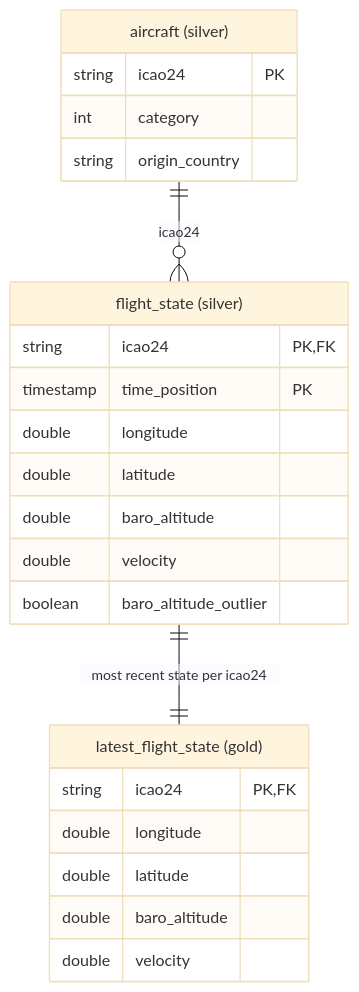
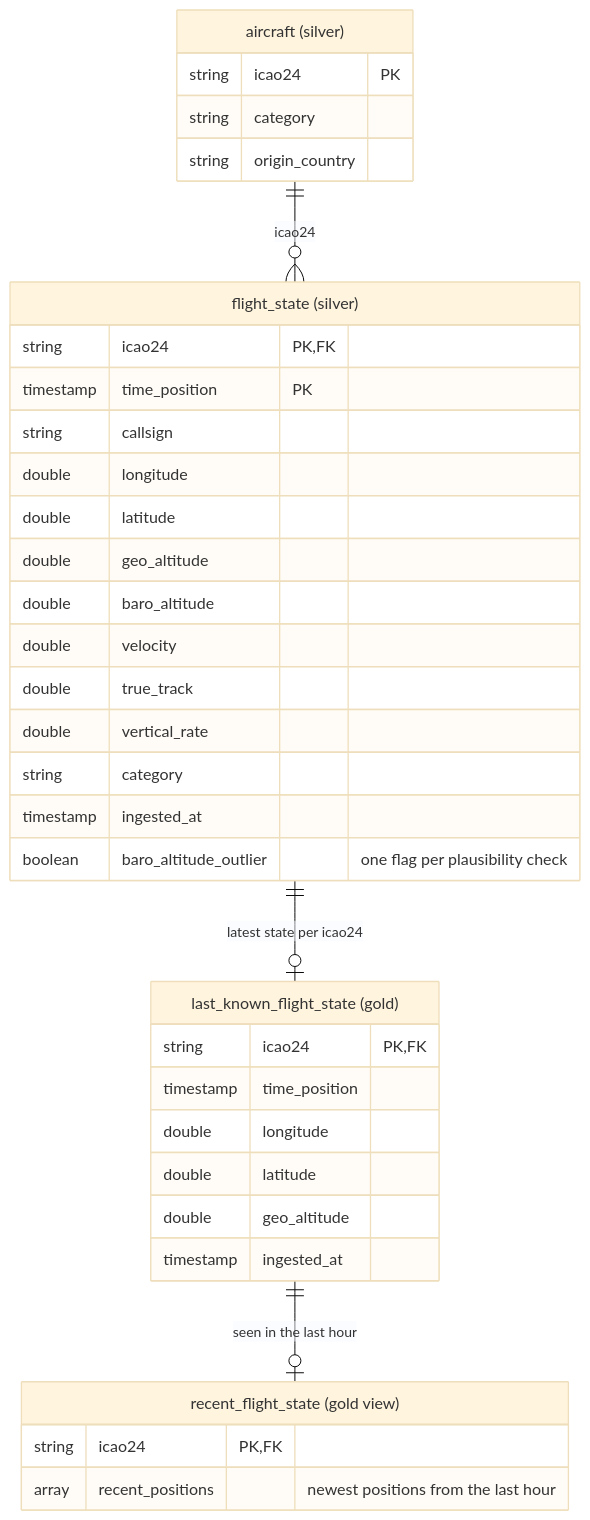
Before and after one commit to co-byte/waypoint: the second of 2 diagrams in apps/etl/README.md, drawn with Mermaid (base theme). The commit also changed other lines of this file, not shown here.

Commit message:
docs: match etl diagrams to the current tables

````diff
--- a/apps/etl/README.md
+++ b/apps/etl/README.md
@@ -16,29 +21,42 @@
 ```mermaid
 erDiagram
     "aircraft (silver)" {
         string icao24 PK
-        int category
+        string category
         string origin_country
     }
 
     "flight_state (silver)" {
         string icao24 PK, FK
         timestamp time_position PK
+        string callsign
         double longitude
         double latitude
+        double geo_altitude
         double baro_altitude
         double velocity
-        boolean baro_altitude_outlier
+        double true_track
+        double vertical_rate
+        string category
+        timestamp ingested_at
+        boolean baro_altitude_outlier "one flag per plausibility check"
     }
 
-    "latest_flight_state (gold)" {
+    "last_known_flight_state (gold)" {
         string icao24 PK, FK
+        timestamp time_position
         double longitude
         double latitude
-        double baro_altitude
-        double velocity
+        double geo_altitude
+        timestamp ingested_at
+    }
+
+    "recent_flight_state (gold view)" {
+        string icao24 PK, FK
+        array recent_positions "newest positions from the last hour"
     }
 
     "aircraft (silver)" ||--o{ "flight_state (silver)" : "icao24"
-    "flight_state (silver)" ||--|| "latest_flight_state (gold)" : "most recent state per icao24"
+    "flight_state (silver)" ||--o| "last_known_flight_state (gold)" : "latest state per icao24"
+    "last_known_flight_state (gold)" ||--o| "recent_flight_state (gold view)" : "seen in the last hour"
 ```
````
